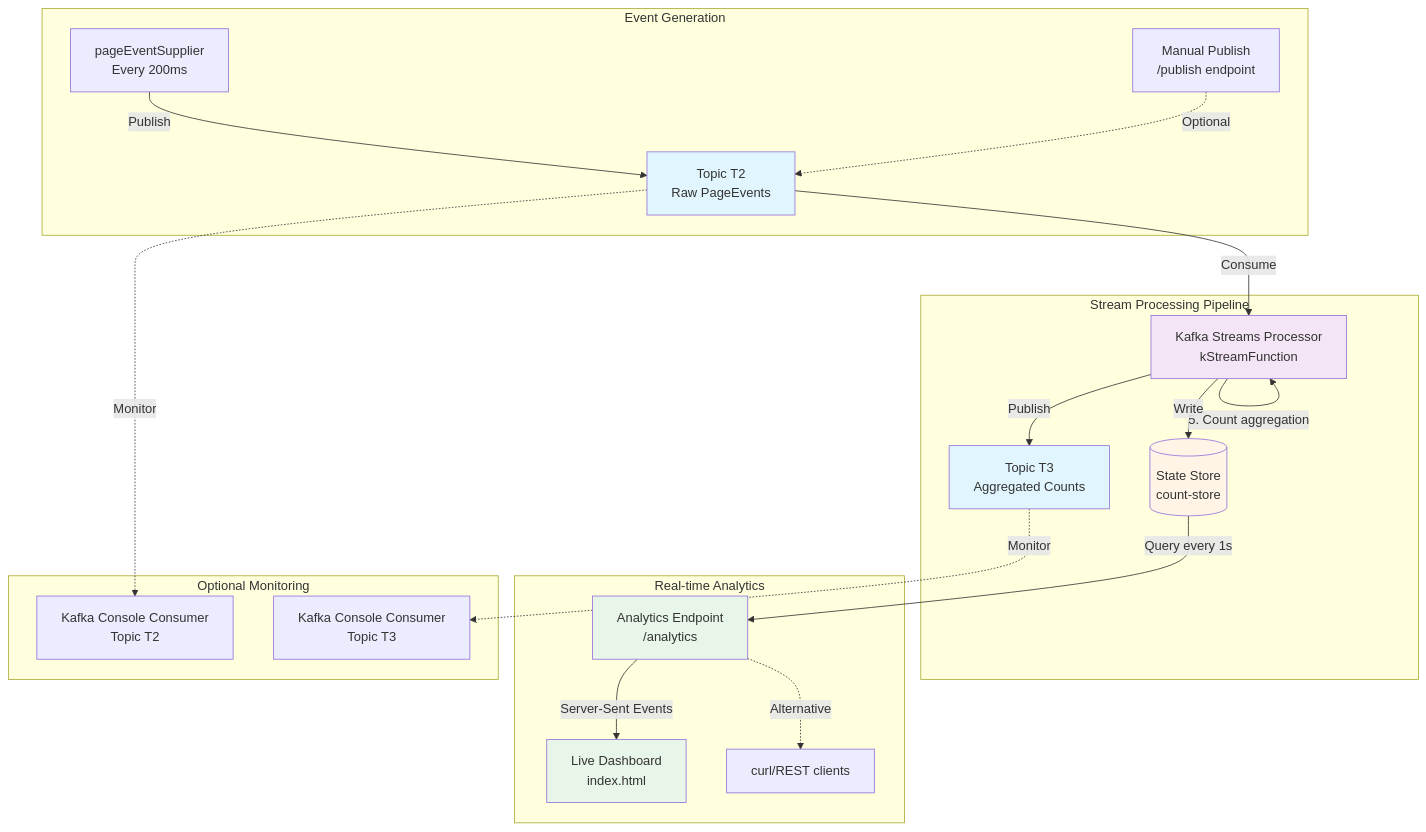
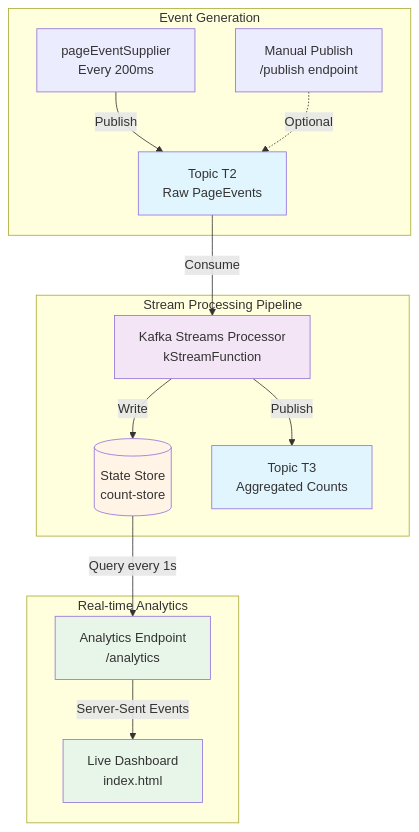
The diagram in README.md (taoudi-abdelbasset/kafka-streams-spring), drawn with Mermaid before and after one commit.

Commit message:
fix: Update README.md mermaid graph

````diff
--- a/README.md
+++ b/README.md
@@ -30,36 +30,25 @@
 ```mermaid
 graph TB
     subgraph "Event Generation"
         A[pageEventSupplier<br/>Every 200ms] -->|Publish| T2[Topic T2<br/>Raw PageEvents]
         MANUAL[Manual Publish<br/>/publish endpoint] -.->|Optional| T2
     end
     
     subgraph "Stream Processing Pipeline"
         T2 -->|Consume| SP[Kafka Streams Processor<br/>kStreamFunction]
-        SP -->|1. Filter duration > 100| SP
-        SP -->|2. Map to KeyValue| SP
-        SP -->|3. GroupBy page name| SP
-        SP -->|4. Window 5 seconds| SP
-        SP -->|5. Count aggregation| SP
         SP -->|Write| SS[(State Store<br/>count-store)]
         SP -->|Publish| T3[Topic T3<br/>Aggregated Counts]
     end
     
     subgraph "Real-time Analytics"
         SS -->|Query every 1s| API[Analytics Endpoint<br/>/analytics]
         API -->|Server-Sent Events| DASH[Live Dashboard<br/>index.html]
-        API -.->|Alternative| CURL[curl/REST clients]
-    end
-    
-    subgraph "Optional Monitoring"
-        T2 -.->|Monitor| K2[Kafka Console Consumer<br/>Topic T2]
-        T3 -.->|Monitor| K3[Kafka Console Consumer<br/>Topic T3]
     end
     
     style T2 fill:#e1f5ff
     style T3 fill:#e1f5ff
     style SS fill:#fff4e6
     style SP fill:#f3e5f5
     style DASH fill:#e8f5e9
     style API fill:#e8f5e9
 ```
````
